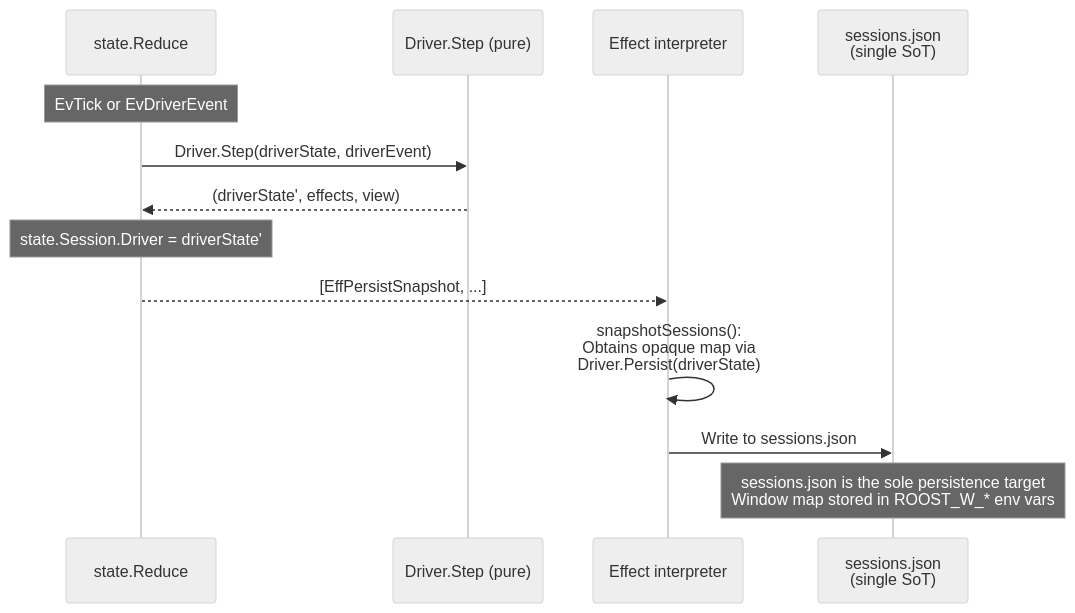
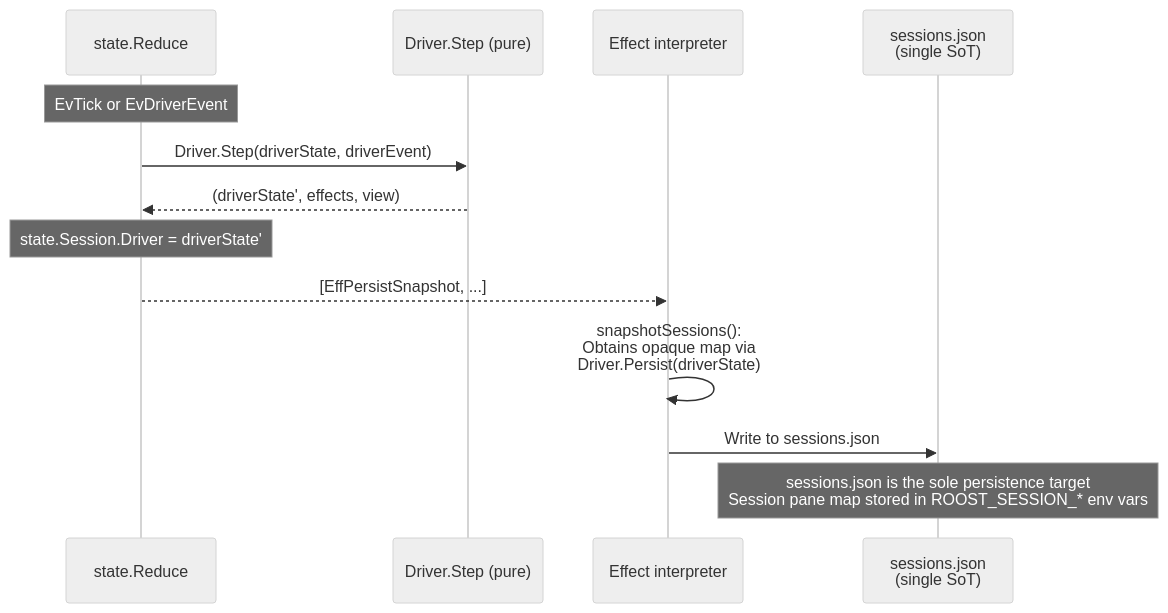
Before and after one commit to takezoh/agent-roost: the second of 3 diagrams in docs/state-monitoring.md, drawn with Mermaid (neutral theme). The commit also changed other lines of this file and 26 other files, not shown here.

Commit message:
Track sessions by pane ID and update docs

````diff
--- a/docs/state-monitoring.md
+++ b/docs/state-monitoring.md
@@ -99,16 +99,16 @@
 ```mermaid
 sequenceDiagram
     participant Red as state.Reduce
     participant Drv as Driver.Step (pure)
     participant Interp as Effect interpreter
     participant JSON as sessions.json<br/>(single SoT)
 
     Note over Red: EvTick or EvDriverEvent
     Red->>Drv: Driver.Step(driverState, driverEvent)
     Drv-->>Red: (driverState', effects, view)
     Note over Red: state.Session.Driver = driverState'
     Red-->>Interp: [EffPersistSnapshot, ...]
     Interp->>Interp: snapshotSessions():<br/>Obtains opaque map via<br/>Driver.Persist(driverState)
     Interp->>JSON: Write to sessions.json
-    Note over JSON: sessions.json is the sole persistence target<br/>Window map stored in ROOST_W_* env vars
+    Note over JSON: sessions.json is the sole persistence target<br/>Session pane map stored in ROOST_SESSION_* env vars
 ```
````
